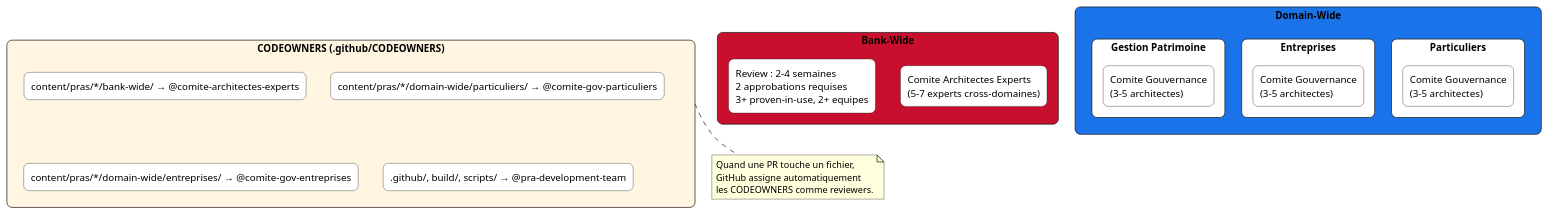
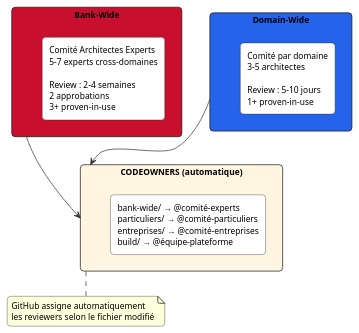
Before and after one commit to KiyaliHQ/proven-reusable-architecture: the fifth of 7 diagrams in content/pras/fr/overview.adoc, drawn with PlantUML. The commit also changed other lines of this file and 1 other file, not shown here.

First line of the commit message:
fix: improve PlantUML diagrams for stakeholder presentation

```diff
--- a/content/pras/fr/overview.adoc
+++ b/content/pras/fr/overview.adoc
@@ -224,39 +197,32 @@
 [plantuml]
 ----
 @startuml
 skinparam backgroundColor transparent
-skinparam rectangle {
-  RoundCorner 15
+skinparam defaultFontName "Segoe UI"
+skinparam defaultFontSize 12
+skinparam shadowing false
+skinparam roundCorner 10
+skinparam ArrowColor #333333
+
+rectangle "Bank-Wide" as bw #c8102e {
+  rectangle "Comité Architectes Experts\n5-7 experts cross-domaines\n\nReview : 2-4 semaines\n2 approbations\n3+ proven-in-use" as bw_rules #ffffff
 }
 
-rectangle "Bank-Wide" as bw #c8102e {
-  rectangle "Comite Architectes Experts\n(5-7 experts cross-domaines)" as cae #fff
-  rectangle "Review : 2-4 semaines\n2 approbations requises\n3+ proven-in-use, 2+ equipes" as bw_rules #fff
+rectangle "Domain-Wide" as dw #2563eb {
+  rectangle "Comité par domaine\n3-5 architectes\n\nReview : 5-10 jours\n1+ proven-in-use" as dw_rules #ffffff
 }
 
-rectangle "Domain-Wide" as dw #1a73e8 {
-  rectangle "Particuliers" as gov_part #fff {
-    rectangle "Comite Gouvernance\n(3-5 architectes)" as cg_part #fff
-  }
-  rectangle "Entreprises" as gov_ent #fff {
-    rectangle "Comite Gouvernance\n(3-5 architectes)" as cg_ent #fff
-  }
-  rectangle "Gestion Patrimoine" as gov_gp #fff {
-    rectangle "Comite Gouvernance\n(3-5 architectes)" as cg_gp #fff
-  }
+rectangle "CODEOWNERS (automatique)" as co #fff5e1 {
+  rectangle "bank-wide/ → @comité-experts\nparticuliers/ → @comité-particuliers\nentreprises/ → @comité-entreprises\nbuild/ → @équipe-plateforme" as co_rules #ffffff
 }
 
-rectangle "CODEOWNERS (.github/CODEOWNERS)" as co #fff5e1 {
-  rectangle "content/pras/*/bank-wide/ → @comite-architectes-experts" as co1 #fff
-  rectangle "content/pras/*/domain-wide/particuliers/ → @comite-gov-particuliers" as co2 #fff
-  rectangle "content/pras/*/domain-wide/entreprises/ → @comite-gov-entreprises" as co3 #fff
-  rectangle ".github/, build/, scripts/ → @pra-development-team" as co4 #fff
-}
+bw -[hidden]right-> dw
+bw -down-> co
+dw -down-> co
 
 note bottom of co
-  Quand une PR touche un fichier,
   GitHub assigne automatiquement
-  les CODEOWNERS comme reviewers.
+  les reviewers selon le fichier modifié
 end note
 @enduml
 ----
```
